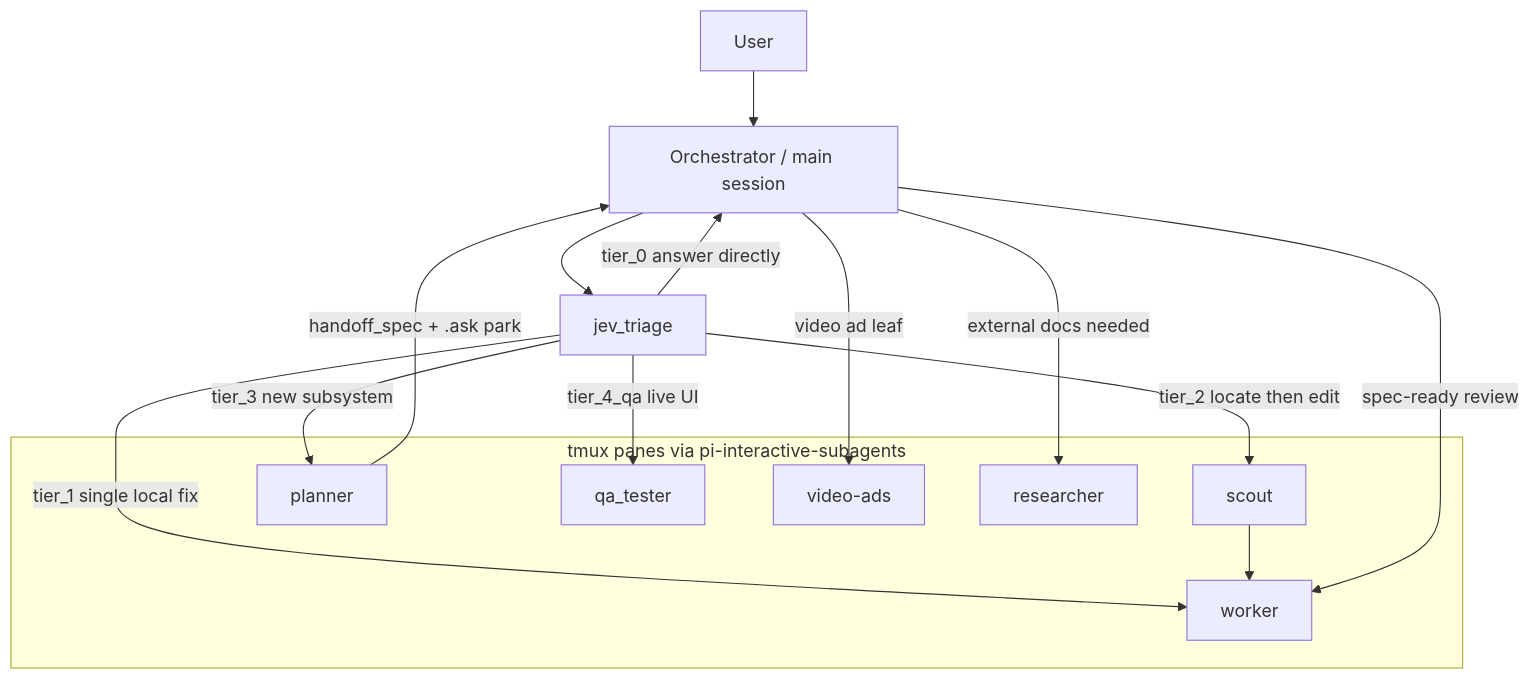
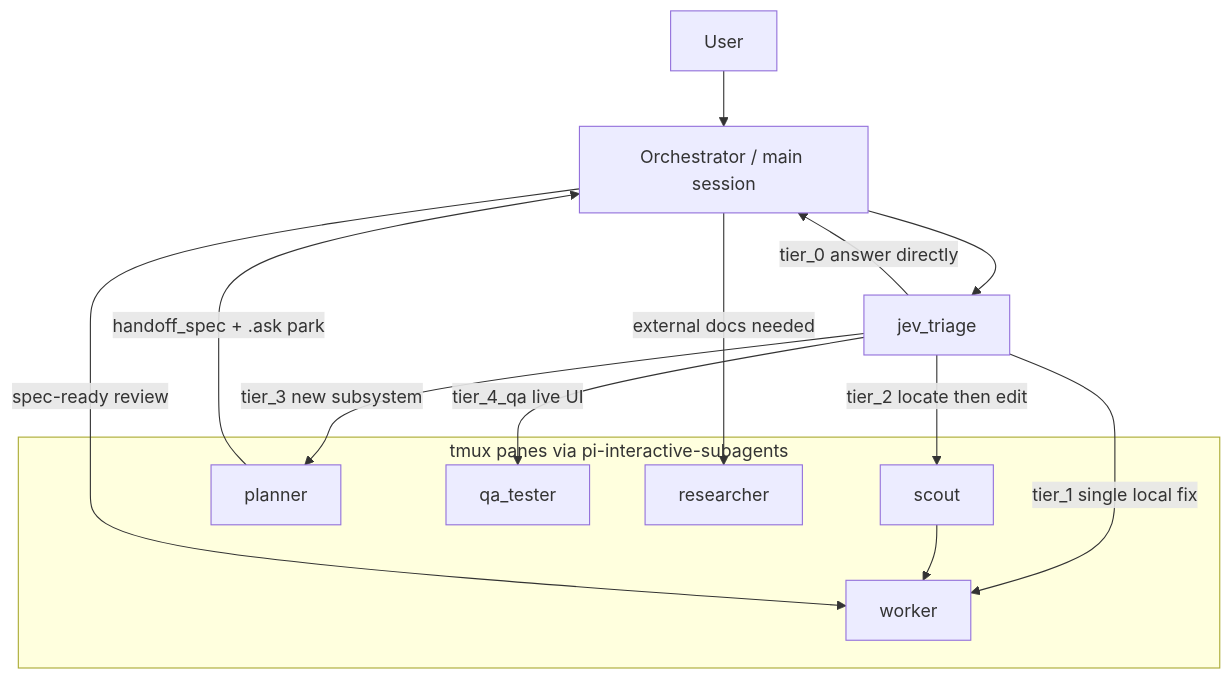
Before and after one commit to VisionCraft3r/ultimate-pi: the diagram in docs/architecture.md, drawn with Mermaid. The commit also changed other lines of this file and 16 other files, not shown here.

First line of the commit message:
install: drop the video-ads role from the shipped team

````diff
--- a/docs/architecture.md
+++ b/docs/architecture.md
@@ -44,25 +42,23 @@
 ```mermaid
 flowchart TB
     U[User] --> O[Orchestrator / main session]
     O --> J[jev_triage]
 
     J -->|tier_0 answer directly| O
     J -->|tier_1 single local fix| W[worker]
     J -->|tier_2 locate then edit| S[scout]
     S --> W
     J -->|tier_3 new subsystem| P[planner]
     P -->|handoff_spec + .ask park| O
     O -->|spec-ready review| W
     J -->|tier_4_qa live UI| Q[qa_tester]
-    O -->|video ad leaf| V[video-ads]
     O -->|external docs needed| R[researcher]
 
     subgraph tmux ["tmux panes via pi-interactive-subagents"]
         S
         W
         P
         R
         Q
-        V
     end
 ```
````
